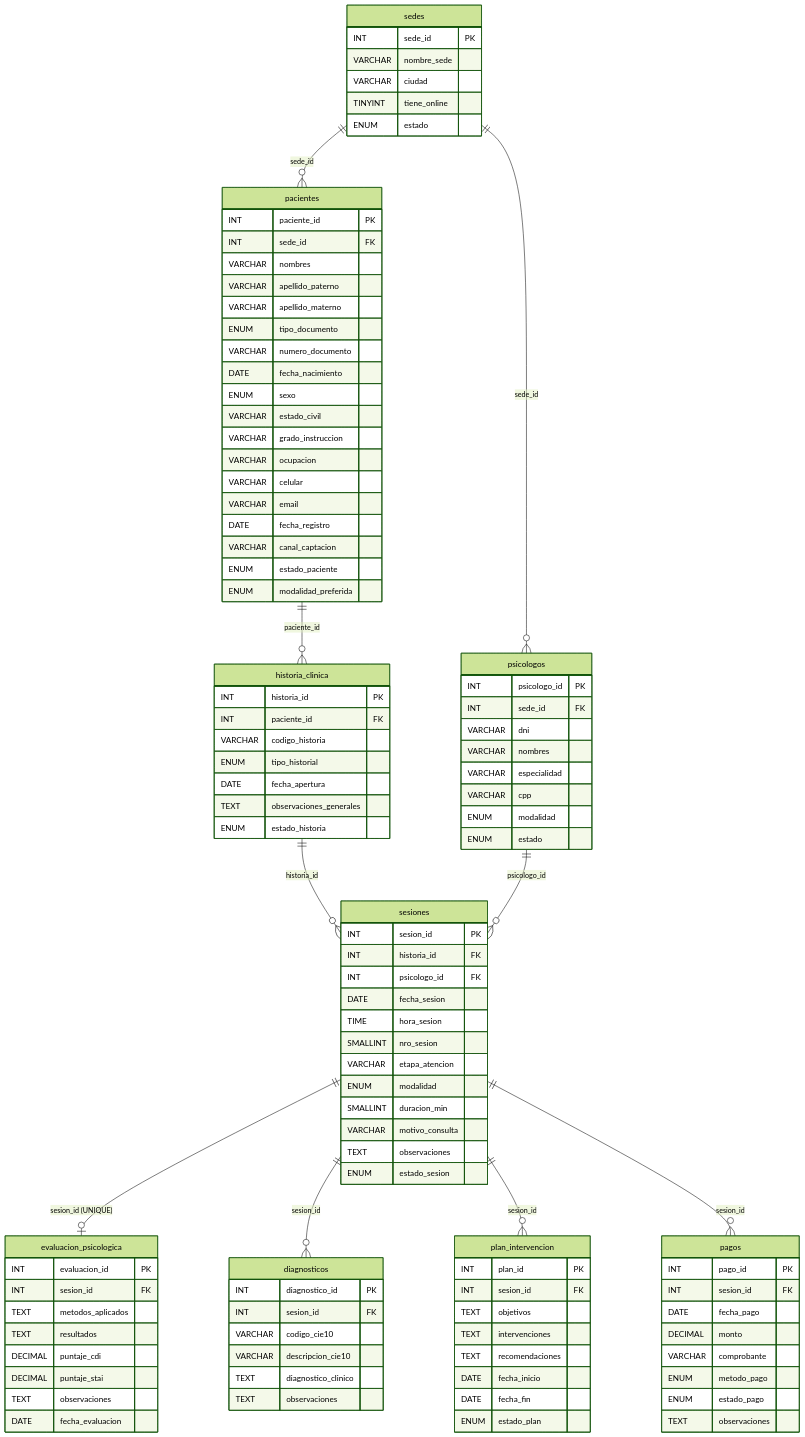
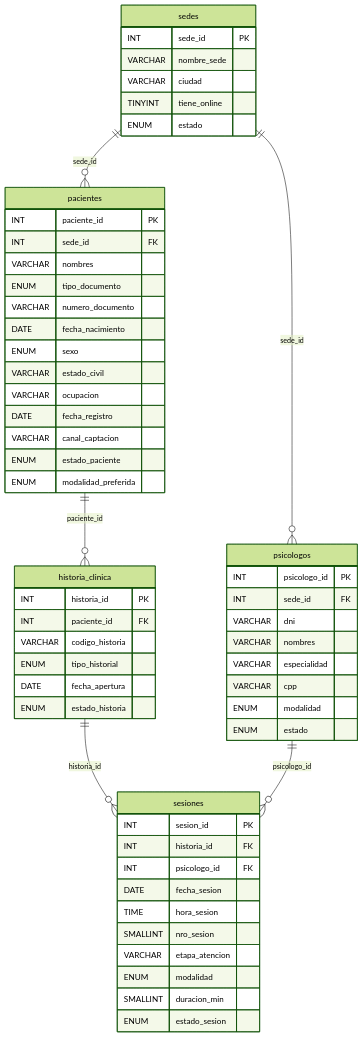
The first of 2 diagrams in docs/diagrams/oltp_schema.md (ClaudioB12/CentroPsicologico-BI), drawn with Mermaid (forest theme) before and after one commit. The commit also changed 4 other files, not shown here.

First line of the commit message:
Corrige diagramas a vertical (TD) y completa evidencia con diagramas

````diff
--- a/docs/diagrams/oltp_schema.md
+++ b/docs/diagrams/oltp_schema.md
@@ -7,14 +7,11 @@
 ```mermaid
+%%{init: {"er": {"layoutDirection": "TB"}}}%%
 erDiagram
   sedes ||--o{ psicologos : "sede_id"
   sedes ||--o{ pacientes : "sede_id"
   pacientes ||--o{ historia_clinica : "paciente_id"
   historia_clinica ||--o{ sesiones : "historia_id"
   psicologos ||--o{ sesiones : "psicologo_id"
-  sesiones ||--o| evaluacion_psicologica : "sesion_id (UNIQUE)"
-  sesiones ||--o{ diagnosticos : "sesion_id"
-  sesiones ||--o{ plan_intervencion : "sesion_id"
-  sesiones ||--o{ pagos : "sesion_id"
 
   sedes {
     INT sede_id PK
@@ -39,17 +36,12 @@
     INT paciente_id PK
     INT sede_id FK
     VARCHAR nombres
-    VARCHAR apellido_paterno
-    VARCHAR apellido_materno
     ENUM tipo_documento
     VARCHAR numero_documento
     DATE fecha_nacimiento
     ENUM sexo
     VARCHAR estado_civil
-    VARCHAR grado_instruccion
     VARCHAR ocupacion
-    VARCHAR celular
-    VARCHAR email
     DATE fecha_registro
     VARCHAR canal_captacion
     ENUM estado_paciente
@@ -62,7 +54,6 @@
     VARCHAR codigo_historia
     ENUM tipo_historial
     DATE fecha_apertura
-    TEXT observaciones_generales
     ENUM estado_historia
   }
 
@@ -76,50 +67,6 @@
     VARCHAR etapa_atencion
     ENUM modalidad
     SMALLINT duracion_min
-    VARCHAR motivo_consulta
-    TEXT observaciones
     ENUM estado_sesion
   }
-
-  evaluacion_psicologica {
-    INT evaluacion_id PK
-    INT sesion_id FK
-    TEXT metodos_aplicados
-    TEXT resultados
-    DECIMAL puntaje_cdi
-    DECIMAL puntaje_stai
-    TEXT observaciones
-    DATE fecha_evaluacion
-  }
-
-  diagnosticos {
-    INT diagnostico_id PK
-    INT sesion_id FK
-    VARCHAR codigo_cie10
-    VARCHAR descripcion_cie10
-    TEXT diagnostico_clinico
-    TEXT observaciones
-  }
-
-  plan_intervencion {
-    INT plan_id PK
-    INT sesion_id FK
-    TEXT objetivos
-    TEXT intervenciones
-    TEXT recomendaciones
-    DATE fecha_inicio
-    DATE fecha_fin
-    ENUM estado_plan
-  }
-
-  pagos {
-    INT pago_id PK
-    INT sesion_id FK
-    DATE fecha_pago
-    DECIMAL monto
-    VARCHAR comprobante
-    ENUM metodo_pago
-    ENUM estado_pago
-    TEXT observaciones
-  }
 ```
````
